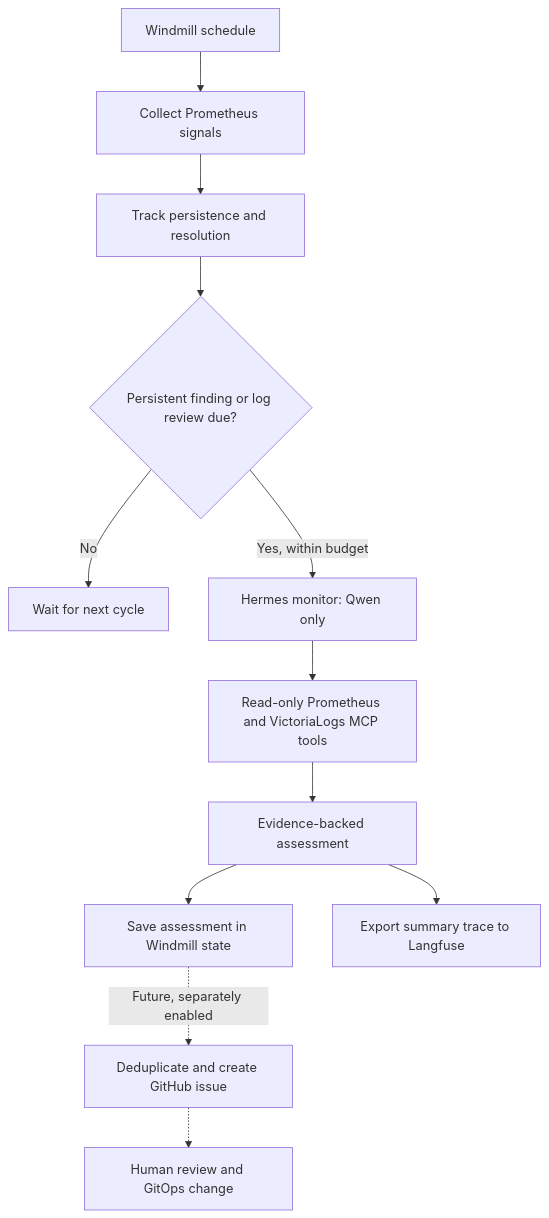
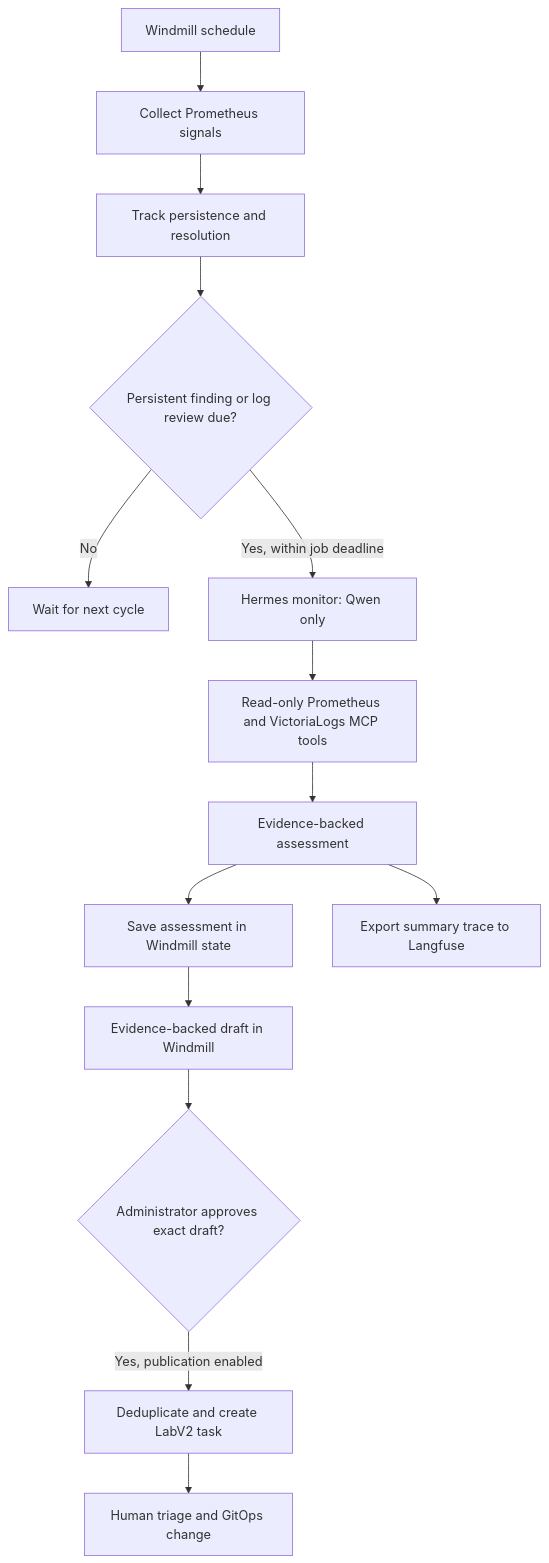
Before and after one commit to aumer-amr/labv2: the diagram in docs/ai-cluster-monitoring.md, drawn with Mermaid. The commit also changed other lines of this file and 4 other files, not shown here.

First line of the commit message:
feat(ai): require approval for monitor tasks

````diff
--- a/docs/ai-cluster-monitoring.md
+++ b/docs/ai-cluster-monitoring.md
@@ -11,14 +11,16 @@
 ```mermaid
 flowchart TD
     Schedule[Windmill schedule] --> Collect[Collect Prometheus signals]
     Collect --> State[Track persistence and resolution]
     State --> Gate{Persistent finding or log review due?}
     Gate -->|No| Next[Wait for next cycle]
-    Gate -->|Yes, within budget| Hermes[Hermes monitor: Qwen only]
+    Gate -->|Yes, within job deadline| Hermes[Hermes monitor: Qwen only]
     Hermes --> MCP[Read-only Prometheus and VictoriaLogs MCP tools]
     MCP --> Assess[Evidence-backed assessment]
     Assess --> Store[Save assessment in Windmill state]
     Assess --> Trace[Export summary trace to Langfuse]
-    Store -. Future, separately enabled .-> Issue[Deduplicate and create GitHub issue]
-    Issue -.-> Human[Human review and GitOps change]
+    Store --> Draft[Evidence-backed draft in Windmill]
+    Draft --> Approval{Administrator approves exact draft?}
+    Approval -->|Yes, publication enabled| Issue[Deduplicate and create LabV2 task]
+    Issue --> Human[Human triage and GitOps change]
 ```
````
